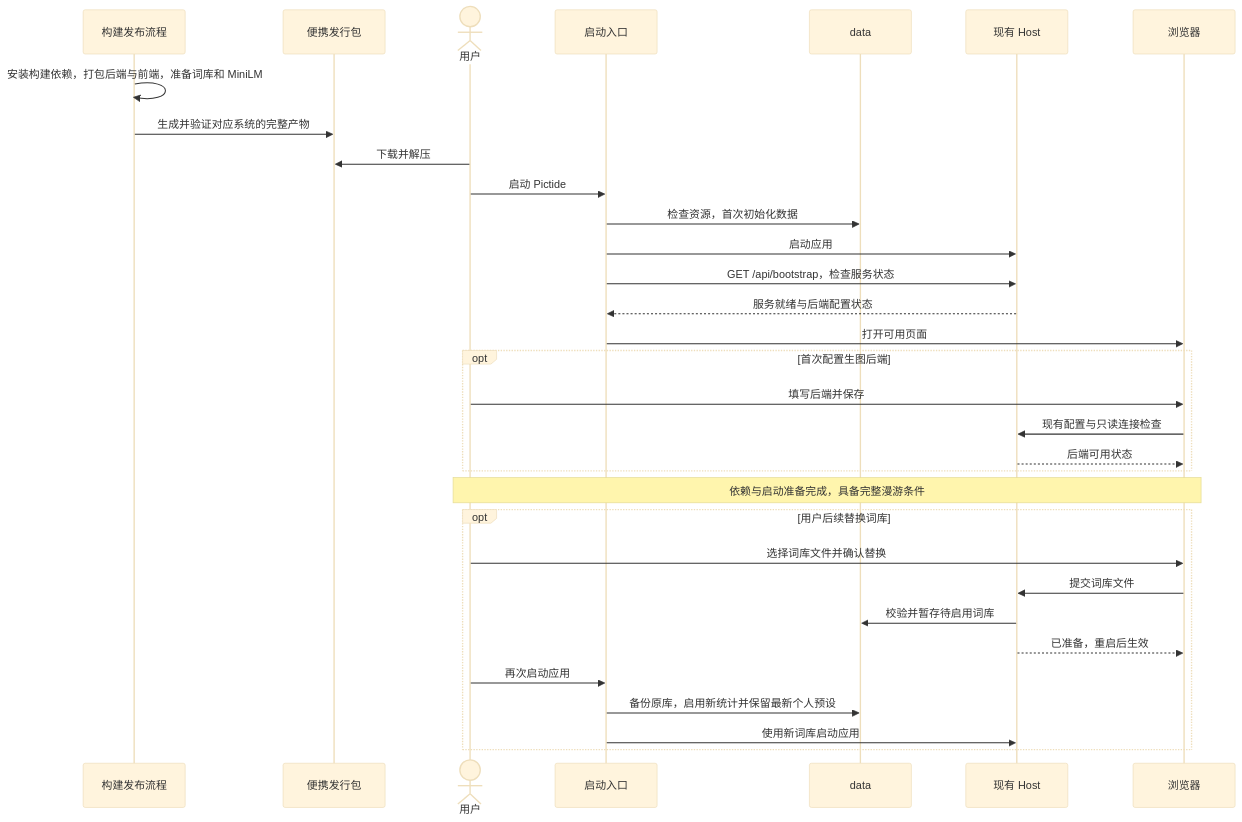
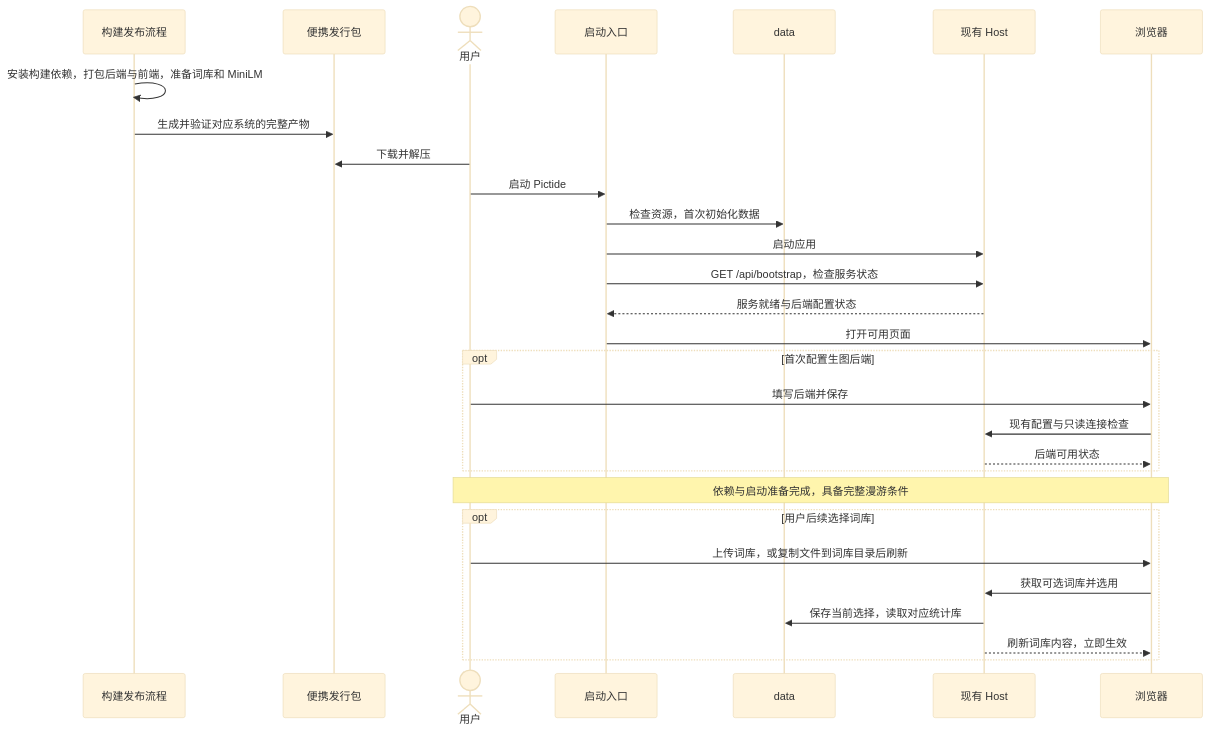
One commit to Lykr/pictide changed the second of 2 diagrams in docs/issues/automatic-startup.md. Above: the diagram before and after it, drawn with Mermaid (base theme). The commit also changed other lines of this file and 2 other files, not shown here.

Commit message:
Simplify vocabulary management to directory and selection

````diff
--- a/docs/issues/automatic-startup.md
+++ b/docs/issues/automatic-startup.md
@@ -44,34 +44,31 @@
 ```mermaid
 sequenceDiagram
     participant Dev as 构建发布流程
     participant Package as 便携发行包
     actor User as 用户
     participant Start as 启动入口
     participant Data as data
     participant Host as 现有 Host
     participant UI as 浏览器
     Dev->>Dev: 安装构建依赖，打包后端与前端，准备词库和 MiniLM
     Dev->>Package: 生成并验证对应系统的完整产物
     User->>Package: 下载并解压
     User->>Start: 启动 Pictide
     Start->>Data: 检查资源，首次初始化数据
     Start->>Host: 启动应用
     Start->>Host: GET /api/bootstrap，检查服务状态
     Host-->>Start: 服务就绪与后端配置状态
     Start->>UI: 打开可用页面
     opt 首次配置生图后端
         User->>UI: 填写后端并保存
         UI->>Host: 现有配置与只读连接检查
         Host-->>UI: 后端可用状态
     end
     Note over User,UI: 依赖与启动准备完成，具备完整漫游条件
-    opt 用户后续替换词库
-        User->>UI: 选择词库文件并确认替换
-        UI->>Host: 提交词库文件
-        Host->>Data: 校验并暂存待启用词库
-        Host-->>UI: 已准备，重启后生效
-        User->>Start: 再次启动应用
-        Start->>Data: 备份原库，启用新统计并保留最新个人预设
-        Start->>Host: 使用新词库启动应用
+    opt 用户后续选择词库
+        User->>UI: 上传词库，或复制文件到词库目录后刷新
+        UI->>Host: 获取可选词库并选用
+        Host->>Data: 保存当前选择，读取对应统计库
+        Host-->>UI: 刷新词库内容，立即生效
     end
 ```
````
